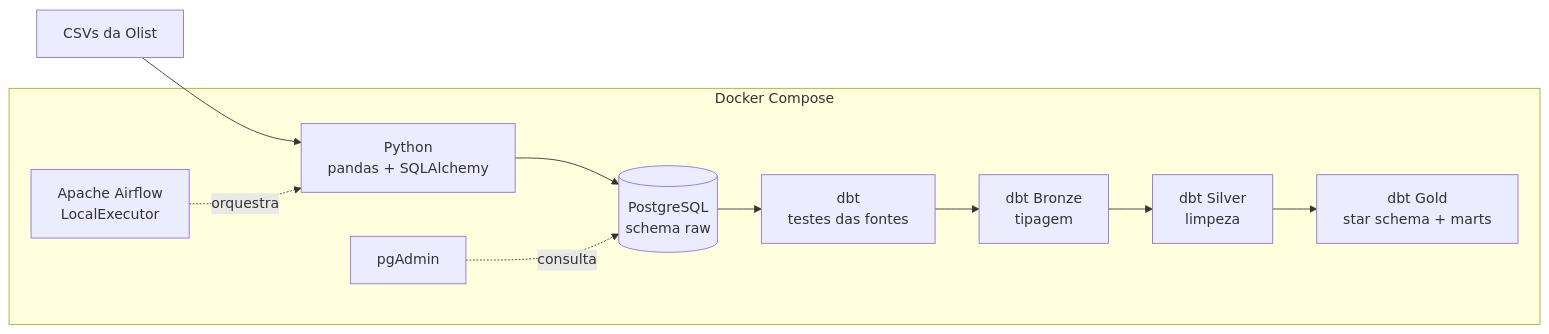
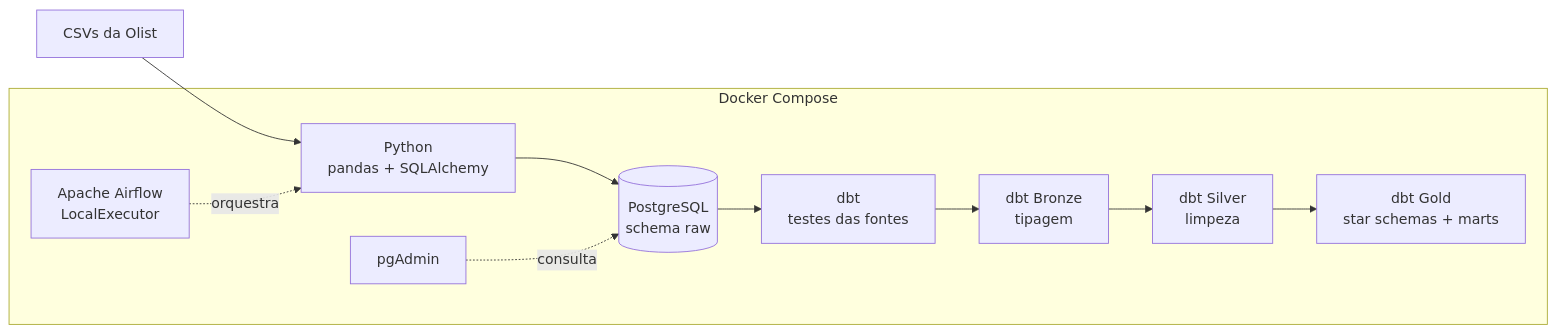
The first of 2 diagrams in README.md (LucasManhani/olist-pipeline), drawn with Mermaid before and after one commit. The commit also changed other lines of this file, not shown here.

Commit message:
docs: corrige diagrama do modelo dimensional

````diff
--- a/README.md
+++ b/README.md
@@ -18,24 +18,24 @@
 ```mermaid
 flowchart LR
     CSV["CSVs da Olist"]
 
     subgraph DOCKER["Docker Compose"]
         AIRFLOW["Apache Airflow<br/>LocalExecutor"]
         PYTHON["Python<br/>pandas + SQLAlchemy"]
         RAW[("PostgreSQL<br/>schema raw")]
         SOURCE_TESTS["dbt<br/>testes das fontes"]
         BRONZE["dbt Bronze<br/>tipagem"]
         SILVER["dbt Silver<br/>limpeza"]
-        GOLD["dbt Gold<br/>star schema + marts"]
+        GOLD["dbt Gold<br/>star schemas + marts"]
         PGADMIN["pgAdmin"]
     end
 
     CSV --> PYTHON
     AIRFLOW -. "orquestra" .-> PYTHON
     PYTHON --> RAW
     RAW --> SOURCE_TESTS
     SOURCE_TESTS --> BRONZE
     BRONZE --> SILVER
     SILVER --> GOLD
     PGADMIN -. "consulta" .-> RAW
 ```
````
